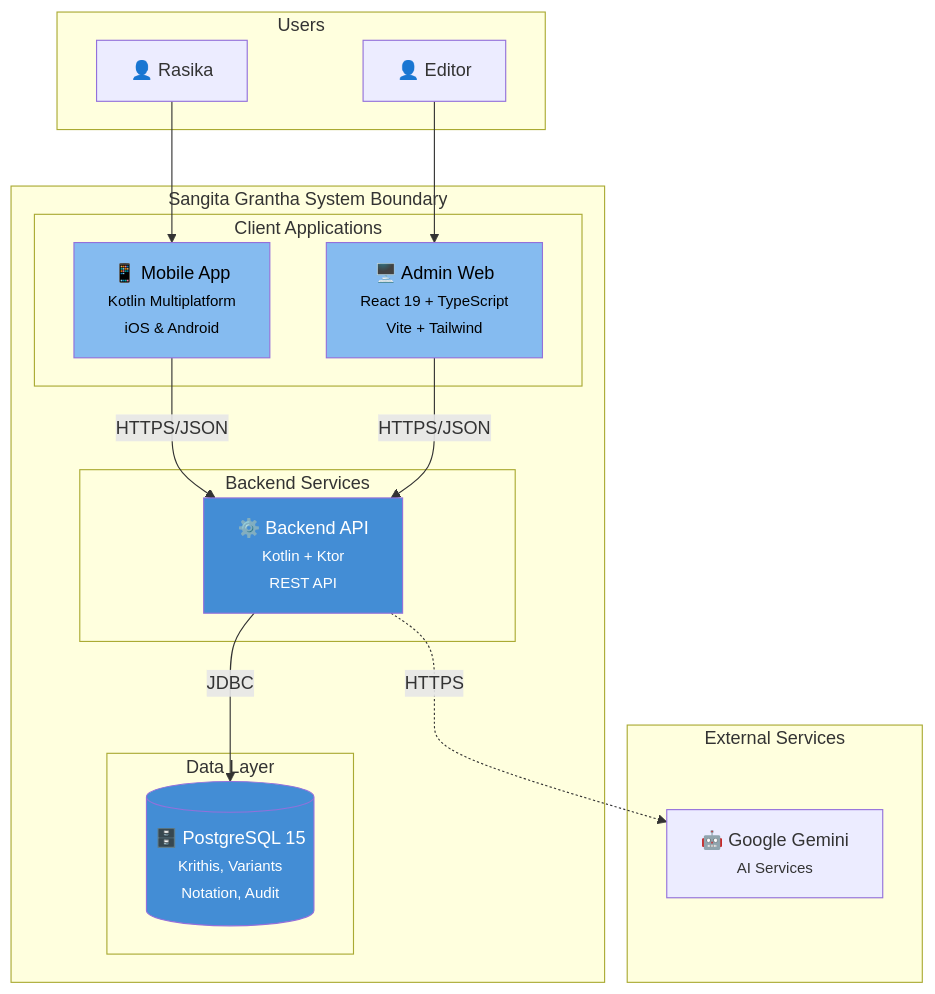
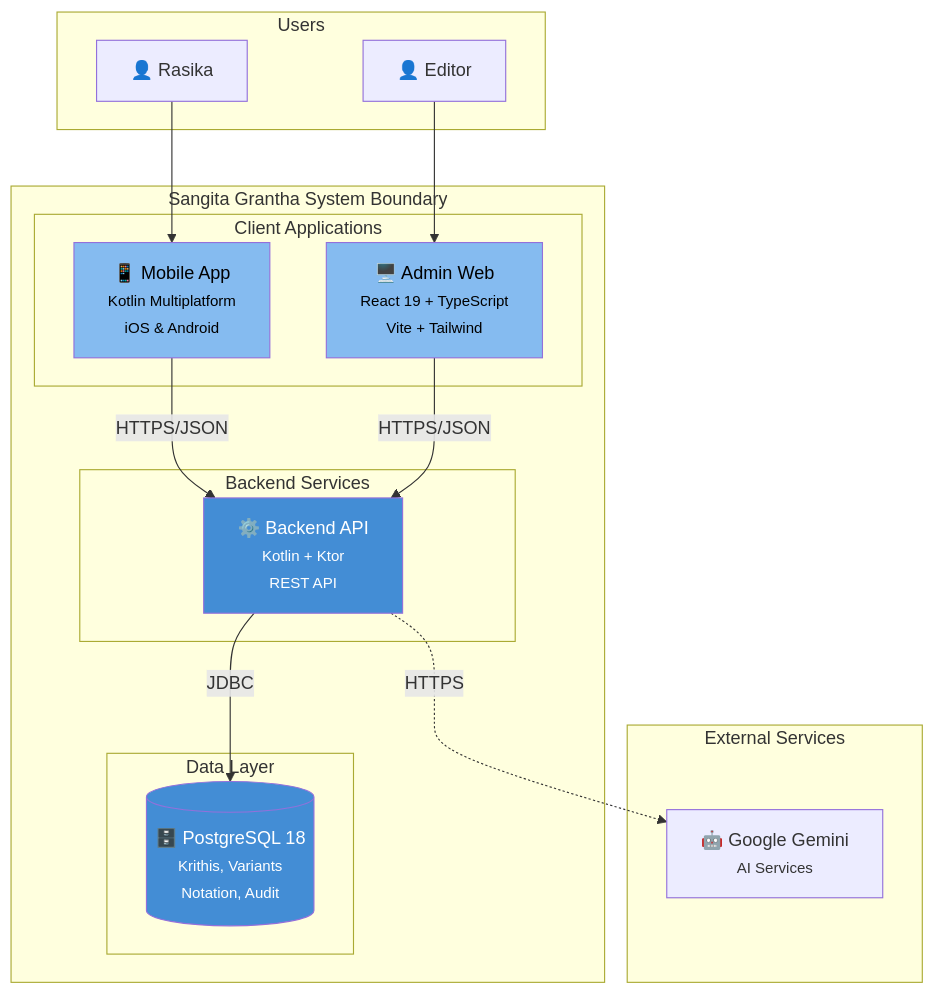
Before and after one commit to carnaticlabs/Sangeetha-Grantha: the fourth of 8 diagrams in application_documentation/02-architecture/diagrams/c4-model.md, drawn with Mermaid. The commit also changed other lines of this file and 26 other files, not shown here.

````diff
--- a/application_documentation/02-architecture/diagrams/c4-model.md
+++ b/application_documentation/02-architecture/diagrams/c4-model.md
@@ -124,40 +124,40 @@
 ```mermaid
 flowchart TB
     subgraph Users
         R[👤 Rasika]
         E[👤 Editor]
     end
 
     subgraph SG["Sangita Grantha System Boundary"]
         subgraph Clients["Client Applications"]
             MOB["📱 Mobile App<br/><small>Kotlin Multiplatform<br/>iOS & Android</small>"]
             ADM["🖥️ Admin Web<br/><small>React 19 + TypeScript<br/>Vite + Tailwind</small>"]
         end
 
         subgraph Backend["Backend Services"]
             API["⚙️ Backend API<br/><small>Kotlin + Ktor<br/>REST API</small>"]
         end
 
         subgraph Data["Data Layer"]
-            DB[("🗄️ PostgreSQL 15<br/><small>Krithis, Variants<br/>Notation, Audit</small>")]
+            DB[("🗄️ PostgreSQL 18<br/><small>Krithis, Variants<br/>Notation, Audit</small>")]
         end
     end
 
     subgraph External["External Services"]
         GEM["🤖 Google Gemini<br/><small>AI Services</small>"]
     end
 
     R --> MOB
     E --> ADM
 
     MOB -->|"HTTPS/JSON"| API
     ADM -->|"HTTPS/JSON"| API
 
     API -->|"JDBC"| DB
     API -.->|"HTTPS"| GEM
 
     style API fill:#438DD5,color:#fff
     style DB fill:#438DD5,color:#fff
     style MOB fill:#85BBF0,color:#000
     style ADM fill:#85BBF0,color:#000
 ```
````
